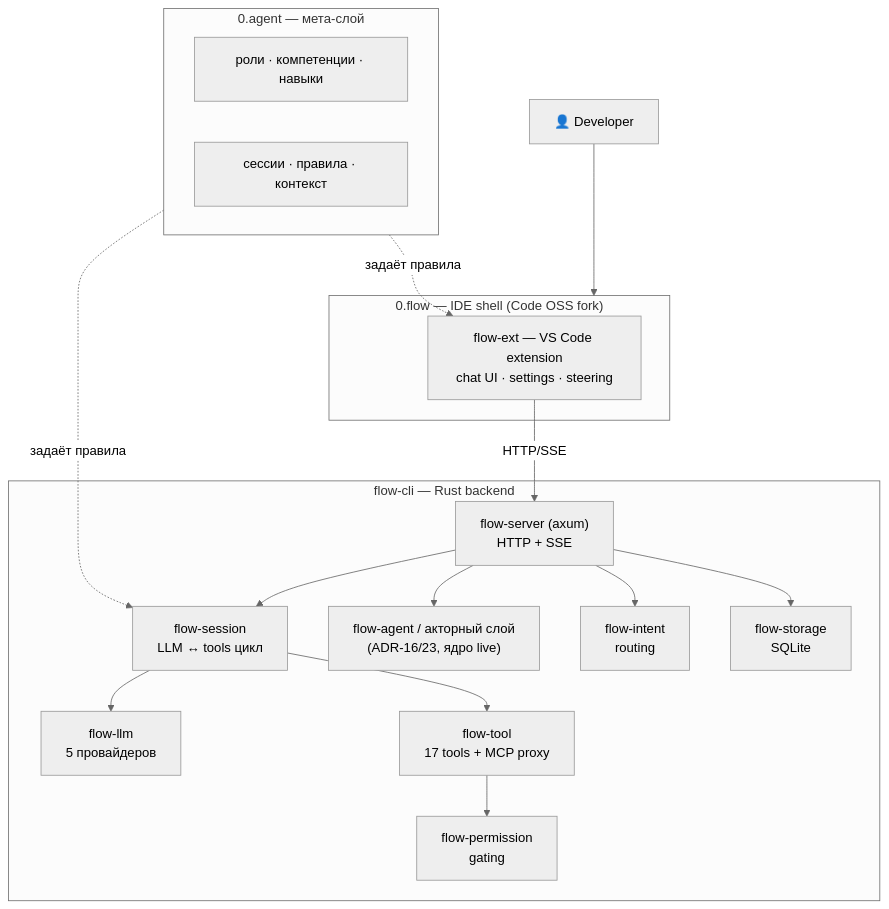
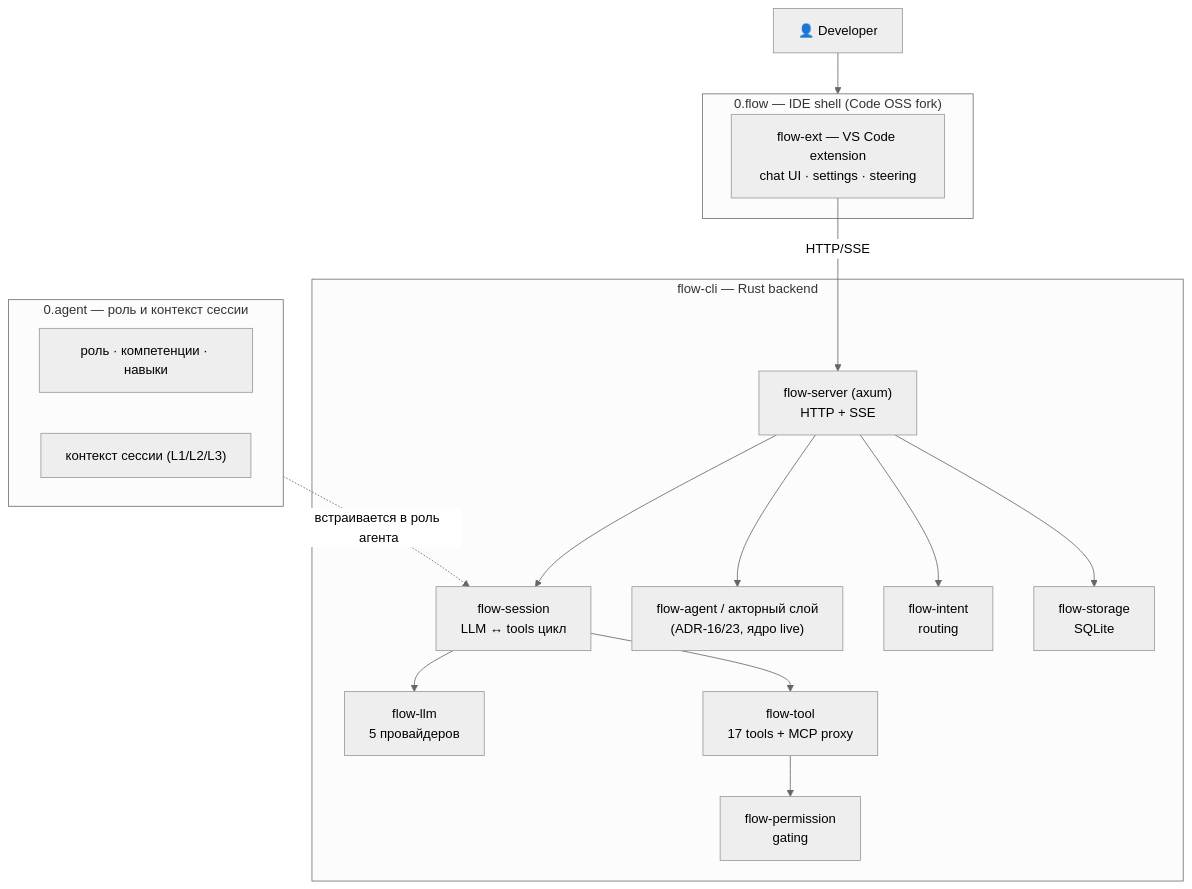
One commit to 0-flow/.github changed the diagram in README.md. Above: the diagram before and after it, drawn with Mermaid (neutral theme). The commit also changed other lines of this file and 1 other file, not shown here.

Commit message:
docs(showcase): correct 0.agent role in diagrams — role + session context embedded into agent (not external meta-orchestrator)

````diff
--- a/README.md
+++ b/README.md
@@ -63,36 +61,35 @@
 ```mermaid
 graph TB
     user["👤 Developer"]
 
     subgraph shell["0.flow — IDE shell (Code OSS fork)"]
         ext["flow-ext — VS Code extension<br/>chat UI · settings · steering"]
     end
 
     subgraph backend["flow-cli — Rust backend"]
         server["flow-server (axum)<br/>HTTP + SSE"]
         session["flow-session<br/>LLM ↔ tools цикл"]
         llm["flow-llm<br/>5 провайдеров"]
         tool["flow-tool<br/>17 tools + MCP proxy"]
         perm["flow-permission<br/>gating"]
         actor["flow-agent / акторный слой<br/>(ADR-16/23, ядро live)"]
         intent["flow-intent<br/>routing"]
         storage["flow-storage<br/>SQLite"]
     end
 
-    subgraph meta["0.agent — мета-слой"]
-        roles["роли · компетенции · навыки"]
-        sessions["сессии · правила · контекст"]
+    subgraph meta["0.agent — роль и контекст сессии"]
+        role["роль · компетенции · навыки"]
+        ctx["контекст сессии (L1/L2/L3)"]
     end
 
     user --> shell
     ext --HTTP/SSE--> server
     server --> session
     session --> llm
     session --> tool
     tool --> perm
     server --> actor
     server --> intent
     server --> storage
-    meta -. задаёт правила .-> ext
-    meta -. задаёт правила .-> session
+    meta -. встраивается в роль агента .-> session
 ```
````
